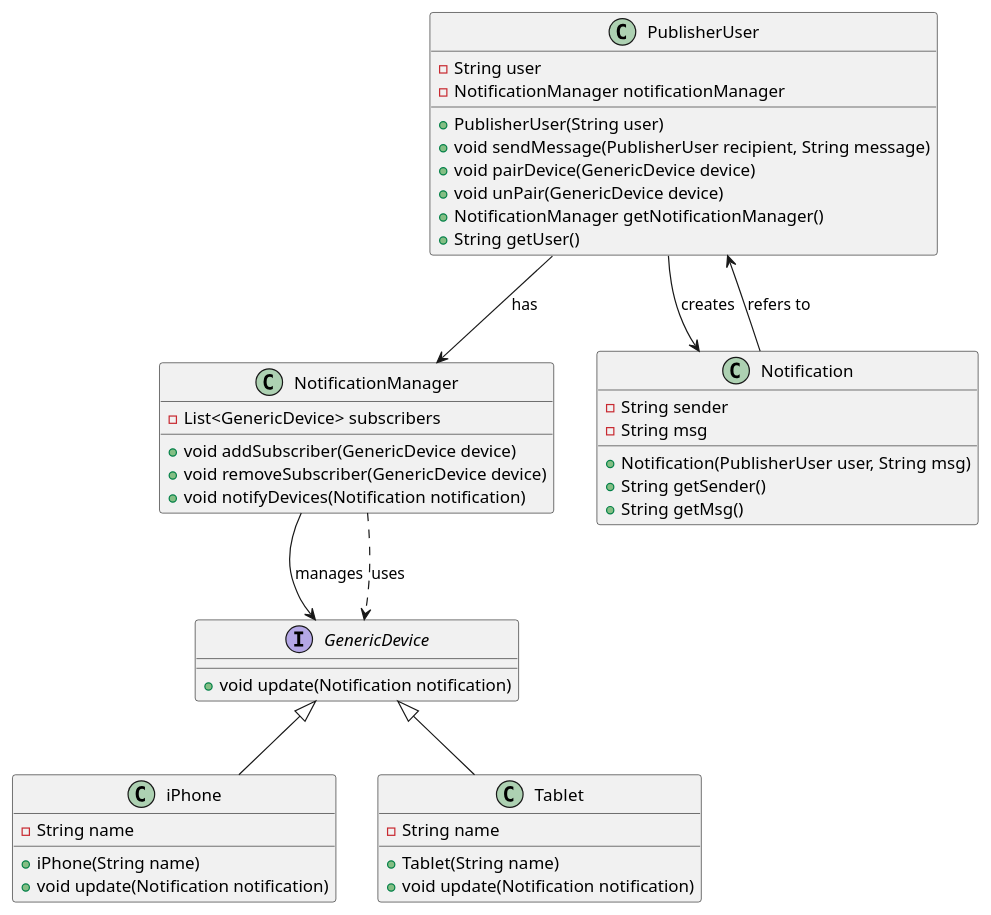
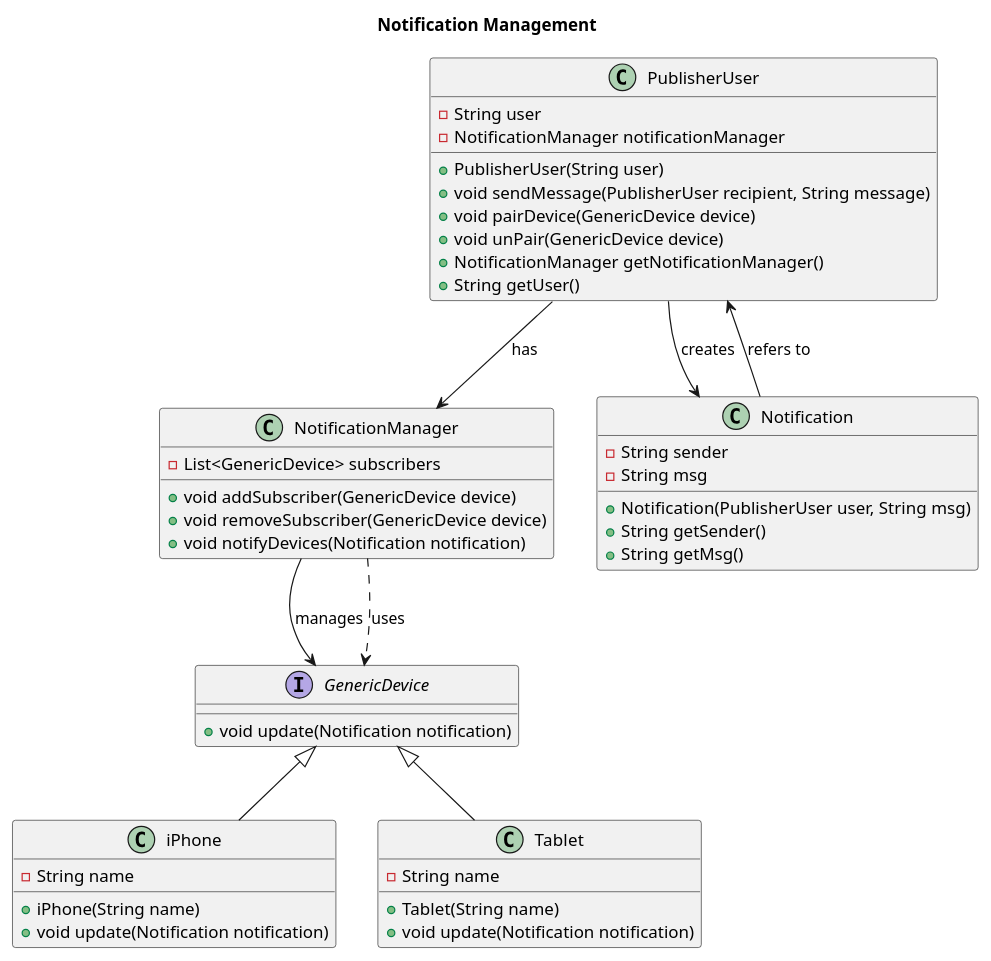
The diagram in Problem_II/Notifications.puml (arizaxel16/Software_Task2), drawn with PlantUML before and after one commit. The commit also changed 4 other files, not shown here.

```diff
--- a/Problem_II/Notifications.puml
+++ b/Problem_II/Notifications.puml
@@ -1,53 +1,55 @@
 @startuml Notifications
+
+title Notification Management
 
 class PublisherUser {
     - String user
     - NotificationManager notificationManager
     + PublisherUser(String user)
     + void sendMessage(PublisherUser recipient, String message)
     + void pairDevice(GenericDevice device)
     + void unPair(GenericDevice device)
     + NotificationManager getNotificationManager()
     + String getUser()
 }
 
 class NotificationManager {
     - List<GenericDevice> subscribers
     + void addSubscriber(GenericDevice device)
     + void removeSubscriber(GenericDevice device)
     + void notifyDevices(Notification notification)
 }
 
 interface GenericDevice {
     + void update(Notification notification)
 }
 
 class Notification {
     - String sender
     - String msg
     + Notification(PublisherUser user, String msg)
     + String getSender()
     + String getMsg()
 }
 
 class iPhone {
     - String name
     + iPhone(String name)
     + void update(Notification notification)
 }
 
 class Tablet {
     - String name
     + Tablet(String name)
     + void update(Notification notification)
 }
 
 PublisherUser --> NotificationManager : has
 PublisherUser --> Notification : creates
 NotificationManager --> GenericDevice : manages
 NotificationManager ..> GenericDevice : uses
 Notification --> PublisherUser : refers to
 GenericDevice <|-- iPhone
 GenericDevice <|-- Tablet
 
 @enduml
```
